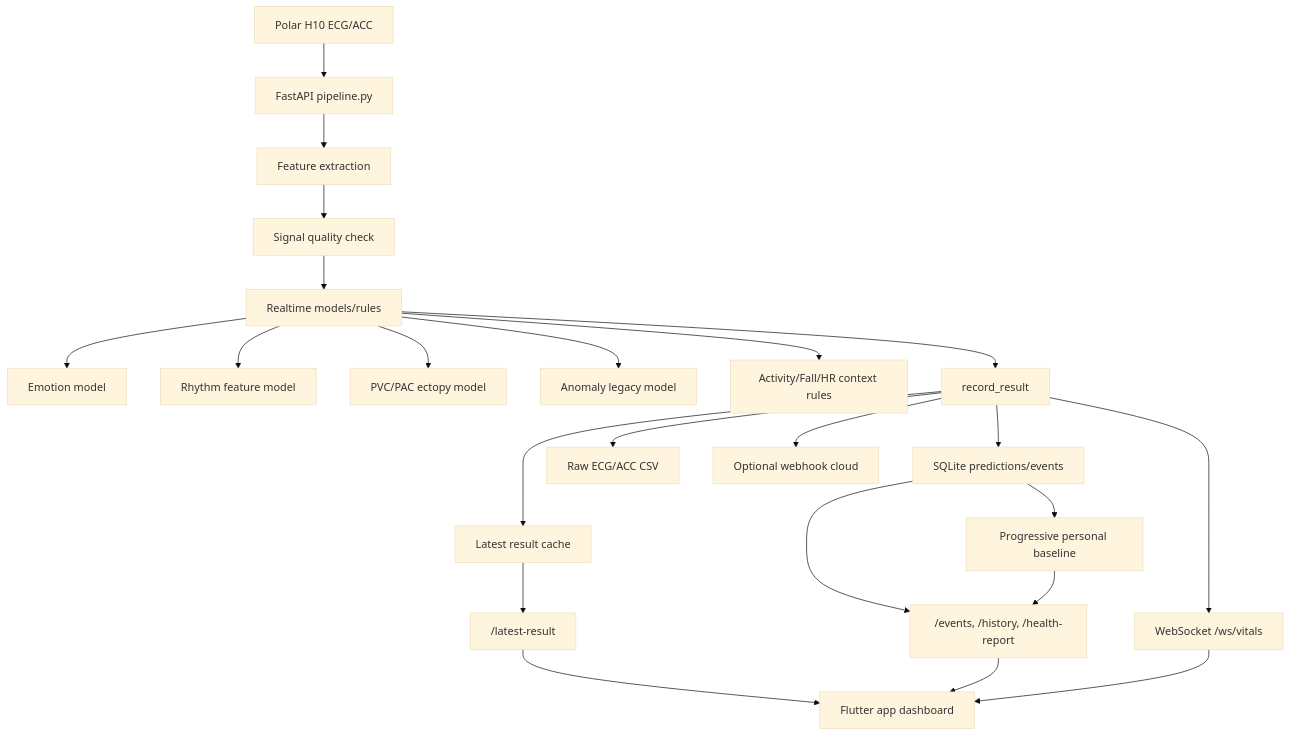
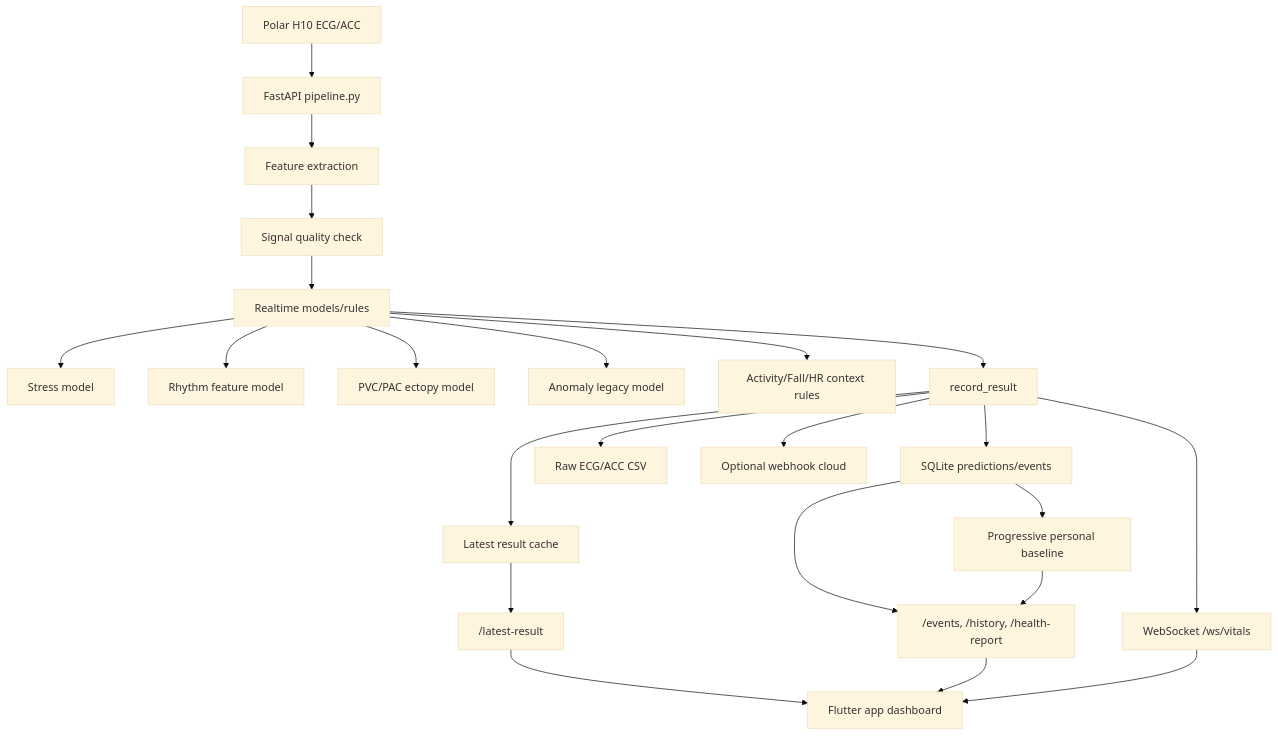
One commit to ducchinhsero/ElderlyCareModel changed the diagram in docs/van-hanh-he-thong-app-model-cloud.md. Above: the diagram before and after it, drawn with Mermaid (base theme). The commit also changed other lines of this file and 29 other files, not shown here.

First line of the commit message:
Refactor: Integrate stress detection module, replace legacy emotion model

````diff
--- a/docs/van-hanh-he-thong-app-model-cloud.md
+++ b/docs/van-hanh-he-thong-app-model-cloud.md
@@ -19,25 +19,25 @@
 ```mermaid
 flowchart TD
     A["Polar H10 ECG/ACC"] --> B["FastAPI pipeline.py"]
     B --> C["Feature extraction"]
     C --> D["Signal quality check"]
     D --> E["Realtime models/rules"]
-    E --> E1["Emotion model"]
+    E --> E1["Stress model"]
     E --> E2["Rhythm feature model"]
     E --> E3["PVC/PAC ectopy model"]
     E --> E4["Anomaly legacy model"]
     E --> E5["Activity/Fall/HR context rules"]
     E --> F["record_result"]
     F --> G["SQLite predictions/events"]
     F --> H["Raw ECG/ACC CSV"]
     F --> I["Latest result cache"]
     F --> J["WebSocket /ws/vitals"]
     F --> K["Optional webhook cloud"]
     G --> G2["Progressive personal baseline"]
     G --> L["/events, /history, /health-report"]
     G2 --> L
     I --> M["/latest-result"]
     M --> N["Flutter app dashboard"]
     L --> N
     J --> N
 ```
````
